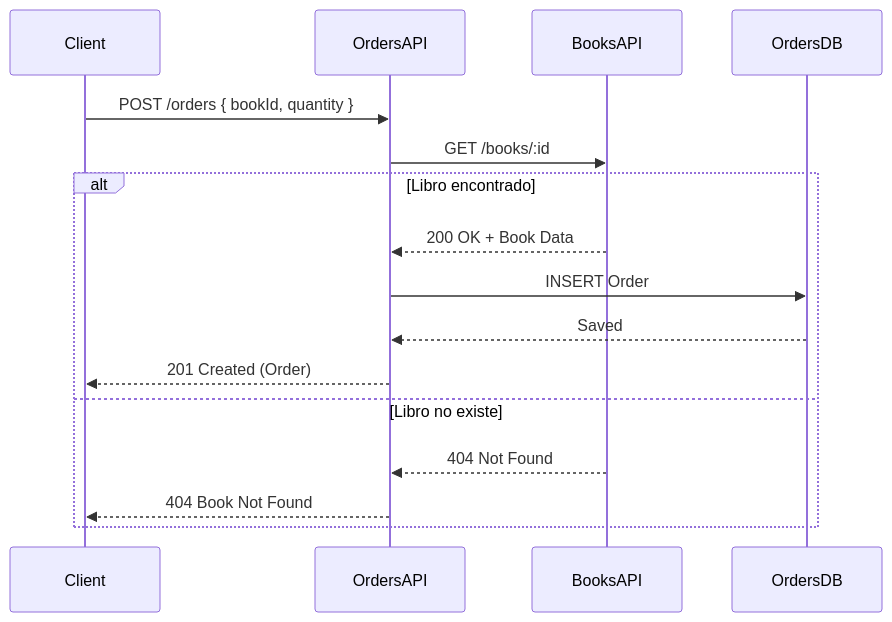
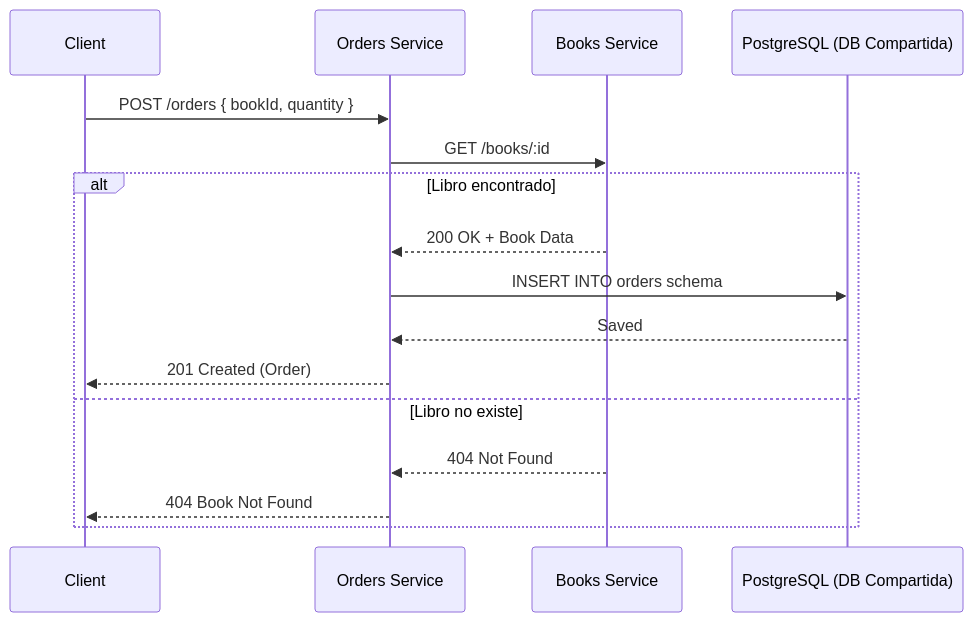
The second of 2 diagrams in README.MD (SebastianBC09/Bookstore-microservice-system), drawn with Mermaid before and after one commit.

Commit message:
refactor: diagram updated

````diff
--- a/README.MD
+++ b/README.MD
@@ -87,19 +87,19 @@
 ```mermaid
 sequenceDiagram
   participant Client
-  participant OrdersAPI
-  participant BooksAPI
-  participant OrdersDB
+  participant OrdersAPI as Orders Service
+  participant BooksAPI as Books Service
+  participant DB as PostgreSQL (DB Compartida)
 
   Client->>OrdersAPI: POST /orders { bookId, quantity }
   OrdersAPI->>BooksAPI: GET /books/:id
   alt Libro encontrado
       BooksAPI-->>OrdersAPI: 200 OK + Book Data
-      OrdersAPI->>OrdersDB: INSERT Order
-      OrdersDB-->>OrdersAPI: Saved
+      OrdersAPI->>DB: INSERT INTO orders schema
+      DB-->>OrdersAPI: Saved
       OrdersAPI-->>Client: 201 Created (Order)
   else Libro no existe
       BooksAPI-->>OrdersAPI: 404 Not Found
       OrdersAPI-->>Client: 404 Book Not Found
   end
 ```
````
